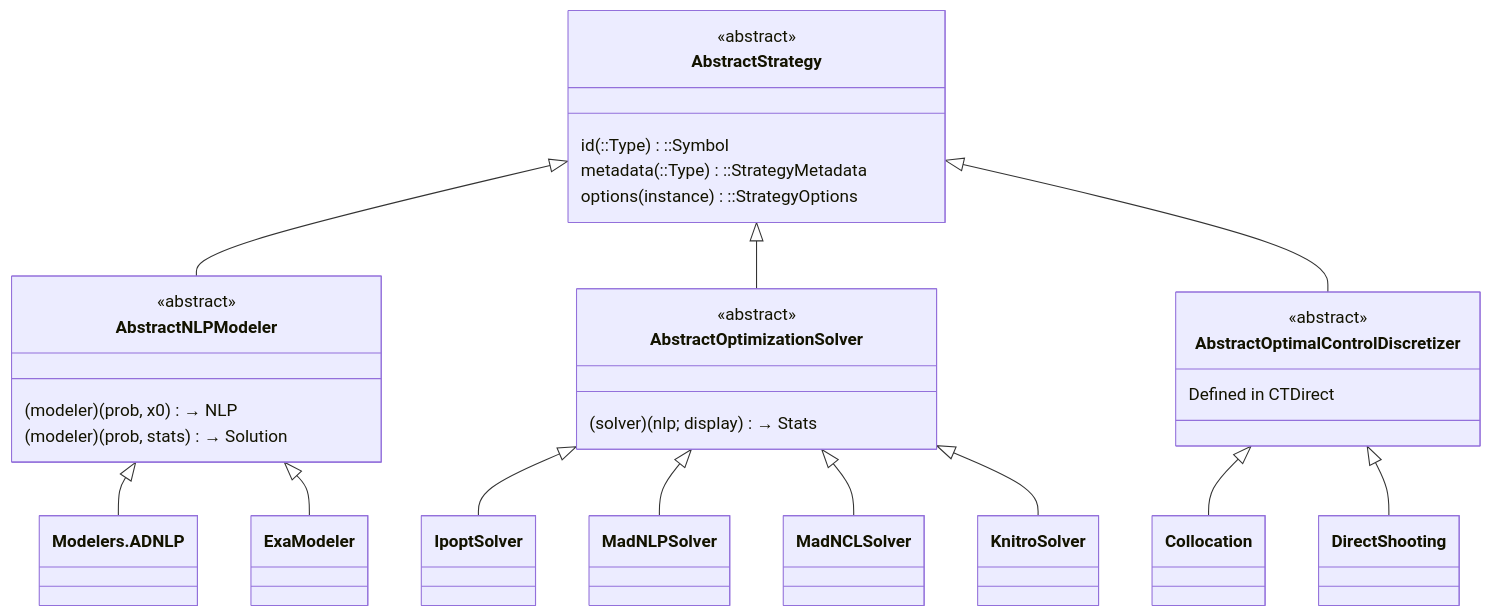
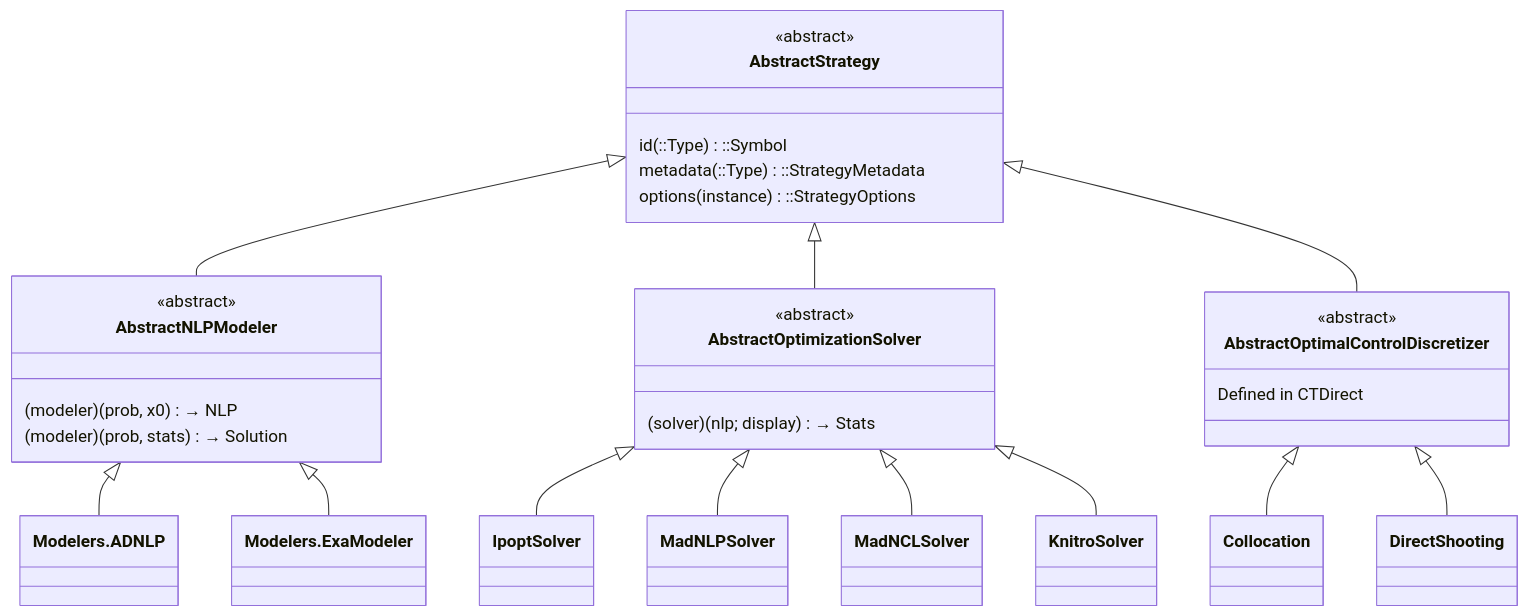
The first of 6 diagrams in docs/src/architecture.md (control-toolbox/CTSolvers.jl), drawn with Mermaid before and after one commit. The commit also changed other lines of this file and 22 other files, not shown here.

First line of the commit message:
refactor: qualify ExaModeler with Modelers. throughout codebase

````diff
--- a/docs/src/architecture.md
+++ b/docs/src/architecture.md
@@ -44,38 +44,38 @@
 ```mermaid
 classDiagram
     direction TB
     class AbstractStrategy {
         <<abstract>>
         id(::Type)::Symbol
         metadata(::Type)::StrategyMetadata
         options(instance)::StrategyOptions
     }
 
     AbstractStrategy <|-- AbstractNLPModeler
     AbstractStrategy <|-- AbstractOptimizationSolver
     AbstractStrategy <|-- AbstractOptimalControlDiscretizer
 
     class AbstractNLPModeler {
         <<abstract>>
         (modeler)(prob, x0) → NLP
         (modeler)(prob, stats) → Solution
     }
     AbstractNLPModeler <|-- Modelers.ADNLP
-    AbstractNLPModeler <|-- ExaModeler
+    AbstractNLPModeler <|-- Modelers.ExaModeler
 
     class AbstractOptimizationSolver {
         <<abstract>>
         (solver)(nlp; display) → Stats
     }
     AbstractOptimizationSolver <|-- IpoptSolver
     AbstractOptimizationSolver <|-- MadNLPSolver
     AbstractOptimizationSolver <|-- MadNCLSolver
     AbstractOptimizationSolver <|-- KnitroSolver
 
     class AbstractOptimalControlDiscretizer {
         <<abstract>>
         Defined in CTDirect
     }
     AbstractOptimalControlDiscretizer <|-- Collocation
     AbstractOptimalControlDiscretizer <|-- DirectShooting
 ```
````
